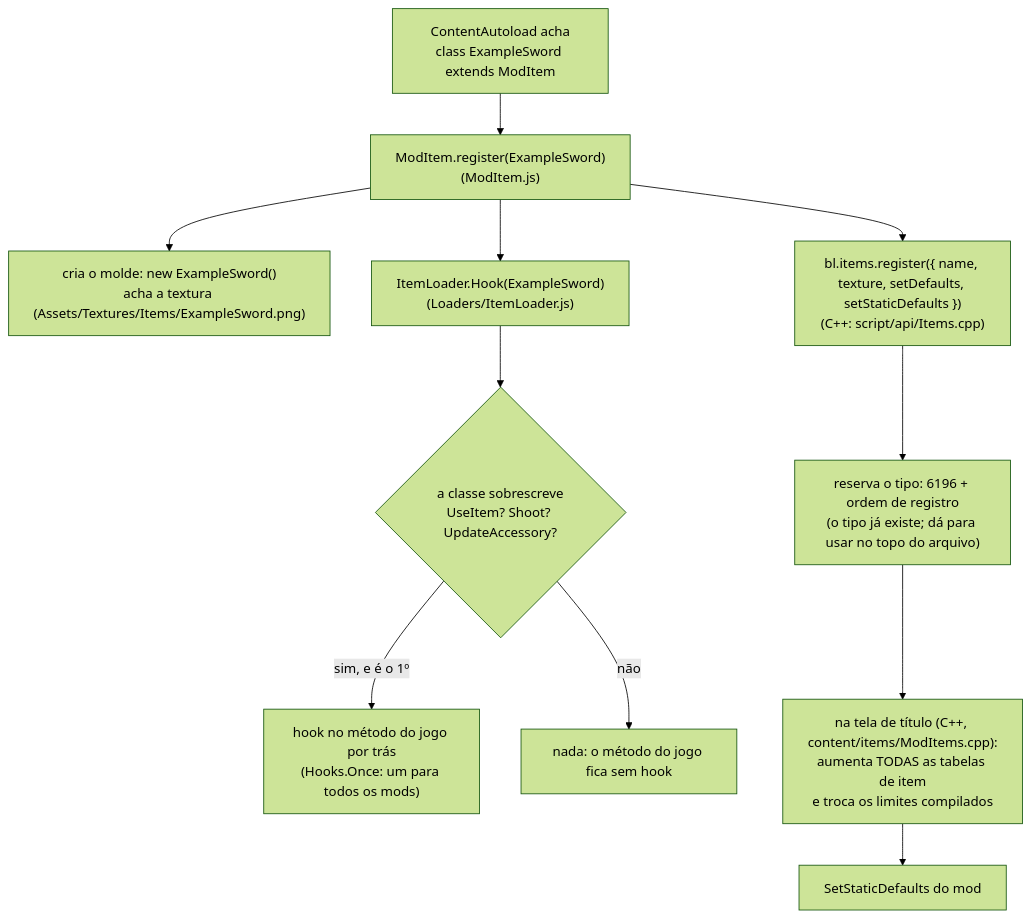
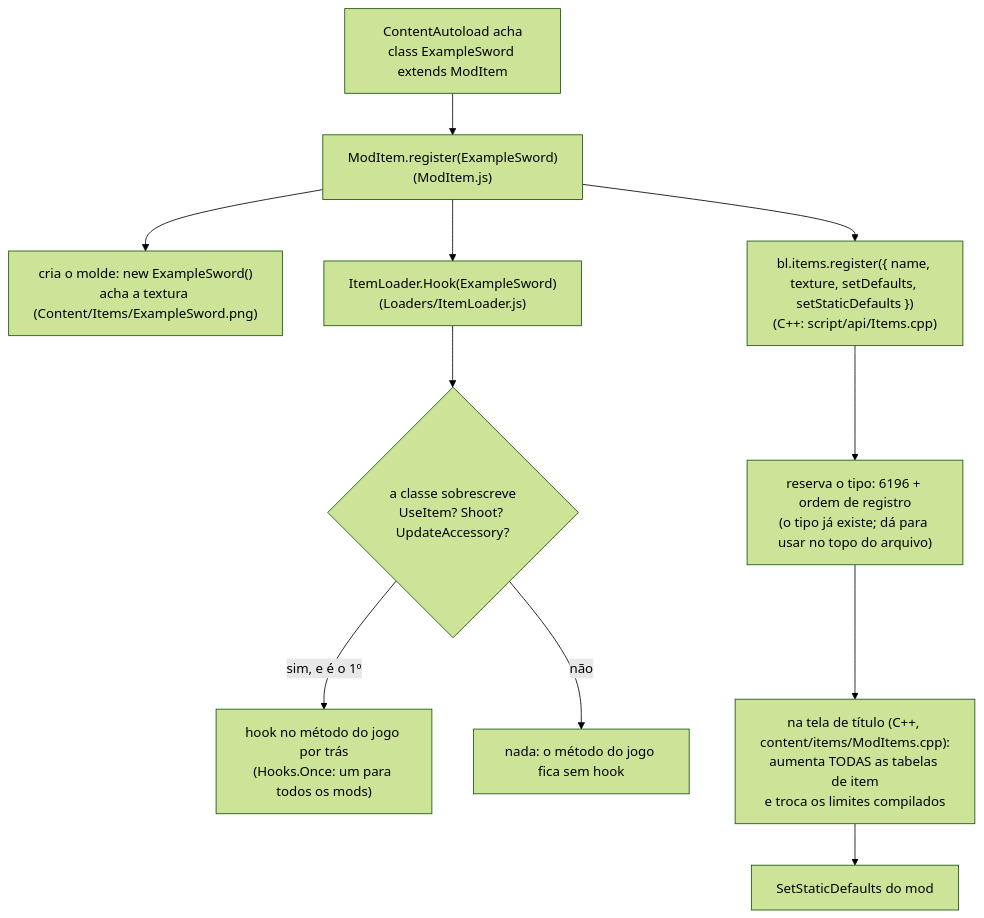
One commit to JonataOliveiraa/Bunny-Loader changed the fourth of 5 diagrams in docs/mods/00-como-funciona.md. Above: the diagram before and after it, drawn with Mermaid (forest theme). The commit also changed 413 other files, not shown here.

````diff
--- a/docs/mods/00-como-funciona.md
+++ b/docs/mods/00-como-funciona.md
@@ -249,13 +249,13 @@
 ```mermaid
 flowchart TB
     A["ContentAutoload acha<br/>class ExampleSword extends ModItem"] --> R["ModItem.register(ExampleSword)<br/>(ModItem.js)"]
-    R --> T["cria o molde: new ExampleSword()<br/>acha a textura (Assets/Textures/Items/ExampleSword.png)"]
+    R --> T["cria o molde: new ExampleSword()<br/>acha a textura (Content/Items/ExampleSword.png)"]
     R --> N["bl.items.register({ name, texture, setDefaults, setStaticDefaults })<br/>(C++: script/api/Items.cpp)"]
     N --> ID["reserva o tipo: 6196 + ordem de registro<br/>(o tipo já existe; dá para usar no topo do arquivo)"]
     R --> H["ItemLoader.Hook(ExampleSword)<br/>(Loaders/ItemLoader.js)"]
     H --> Q{"a classe sobrescreve<br/>UseItem? Shoot? UpdateAccessory?"}
     Q -- "sim, e é o 1º" --> HK["hook no método do jogo por trás<br/>(Hooks.Once: um para todos os mods)"]
     Q -- "não" --> X["nada: o método do jogo fica sem hook"]
     ID --> I["na tela de título (C++, content/items/ModItems.cpp):<br/>aumenta TODAS as tabelas de item<br/>e troca os limites compilados"]
     I --> S["SetStaticDefaults do mod"]
 ```
````
